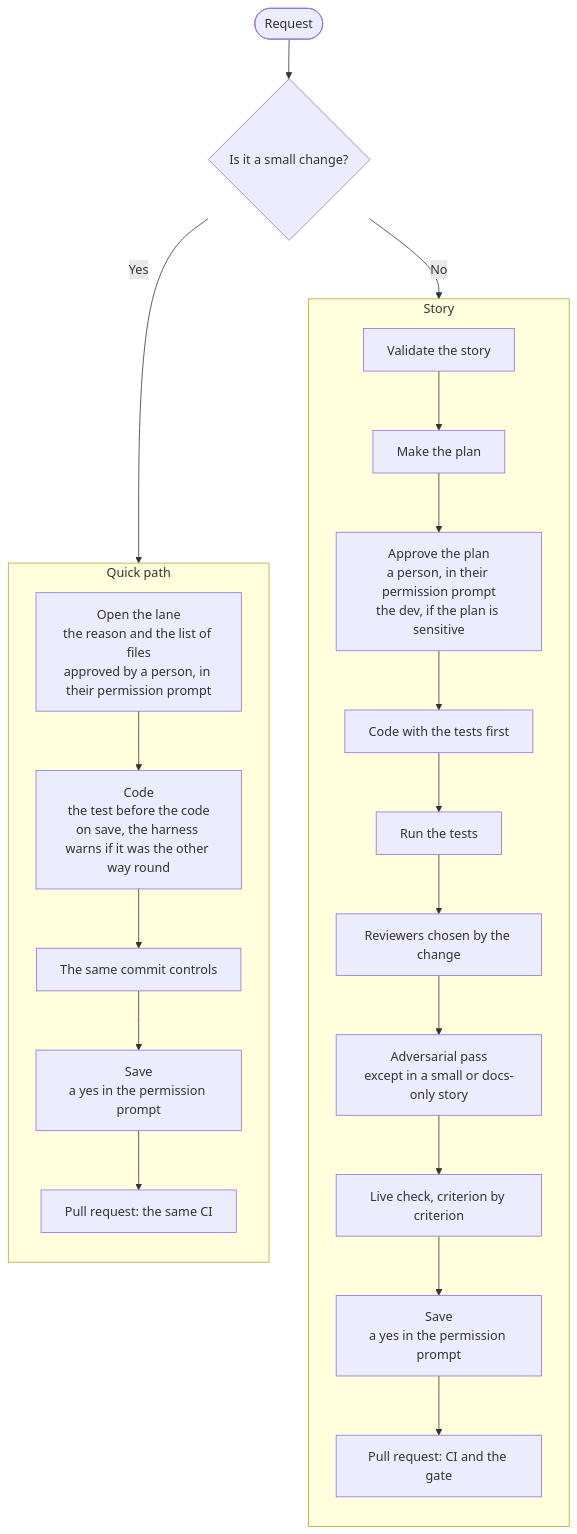
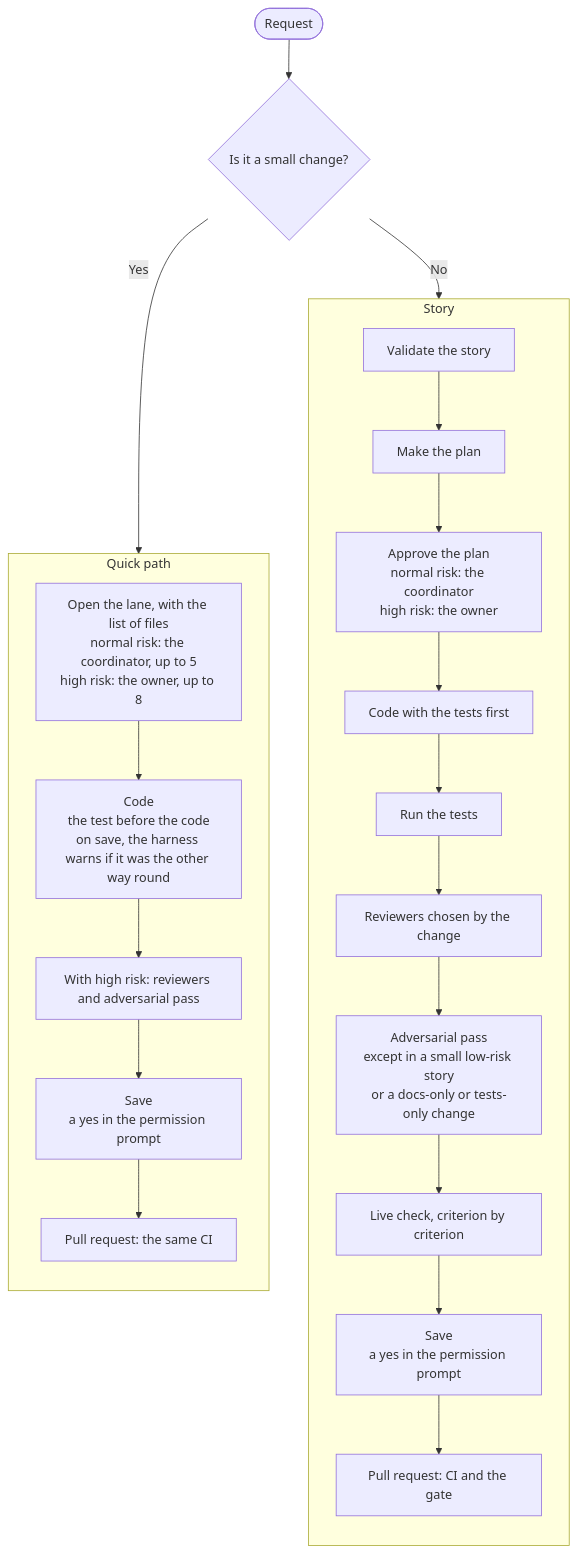
One commit to TYCON-SA/tycon-harness changed the diagram in README.md. Above: the diagram before and after it, drawn with Mermaid. The commit also changed other lines of this file and 2 other files, not shown here.

````diff
--- a/README.md
+++ b/README.md
@@ -53,25 +53,25 @@
 ```mermaid
 flowchart TB
   request(["Request"]) --> size{"Is it a small change?"}
   size -- "No" --> h1
   size -- "Yes" --> r1
   subgraph story ["Story"]
     direction TB
     h1["Validate the story"] --> h2["Make the plan"]
-    h2 --> h3["Approve the plan<br/>a person, in their permission prompt<br/>the dev, if the plan is sensitive"]
+    h2 --> h3["Approve the plan<br/>normal risk: the coordinator<br/>high risk: the owner"]
     h3 --> h4["Code with the tests first"]
     h4 --> h5["Run the tests"]
     h5 --> h6["Reviewers chosen by the change"]
-    h6 --> h7["Adversarial pass<br/>except in a small or docs-only story"]
+    h6 --> h7["Adversarial pass<br/>except in a small low-risk story<br/>or a docs-only or tests-only change"]
     h7 --> h8["Live check, criterion by criterion"]
     h8 --> h9["Save<br/>a yes in the permission prompt"]
     h9 --> h10["Pull request: CI and the gate"]
   end
   subgraph quick ["Quick path"]
     direction TB
-    r1["Open the lane<br/>the reason and the list of files<br/>approved by a person, in their permission prompt"] --> r2["Code<br/>the test before the code<br/>on save, the harness warns if it was the other way round"]
-    r2 --> r3["The same commit controls"]
+    r1["Open the lane, with the list of files<br/>normal risk: the coordinator, up to 5<br/>high risk: the owner, up to 8"] --> r2["Code<br/>the test before the code<br/>on save, the harness warns if it was the other way round"]
+    r2 --> r3["With high risk: reviewers and adversarial pass"]
     r3 --> r4["Save<br/>a yes in the permission prompt"]
     r4 --> r5["Pull request: the same CI"]
   end
 ```
````
